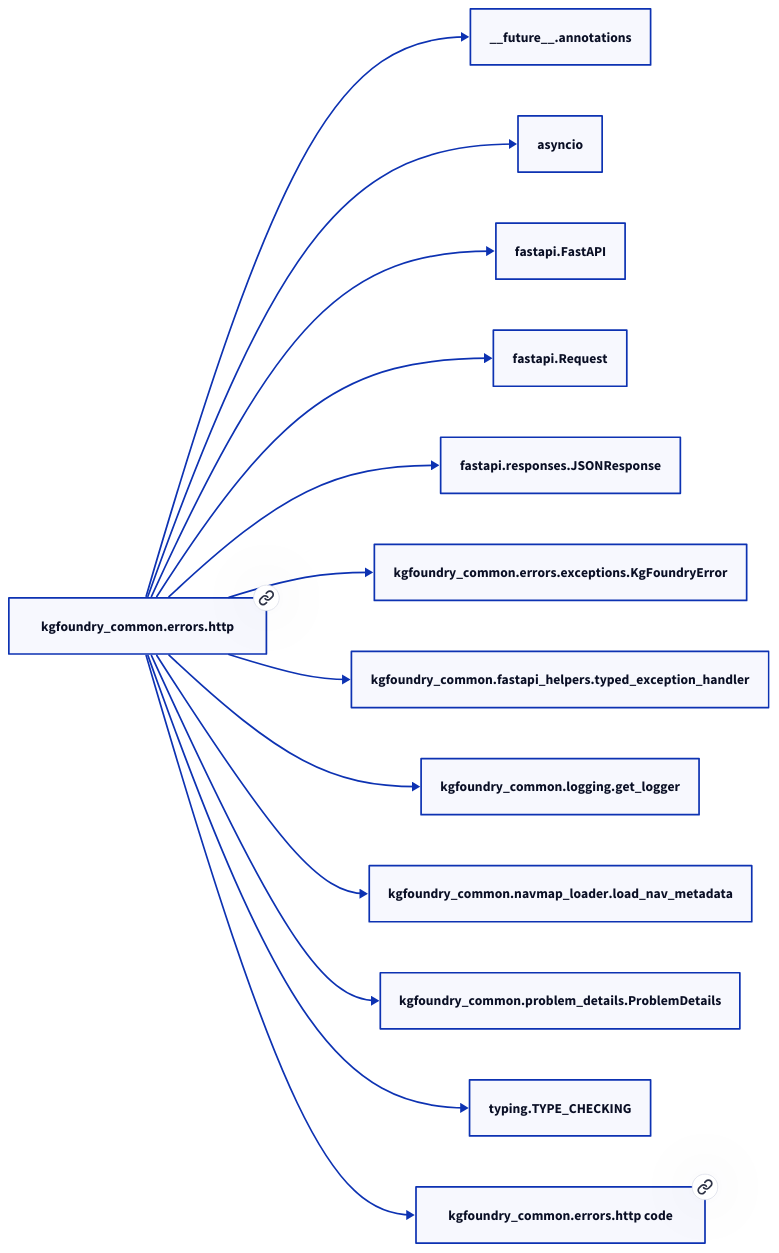
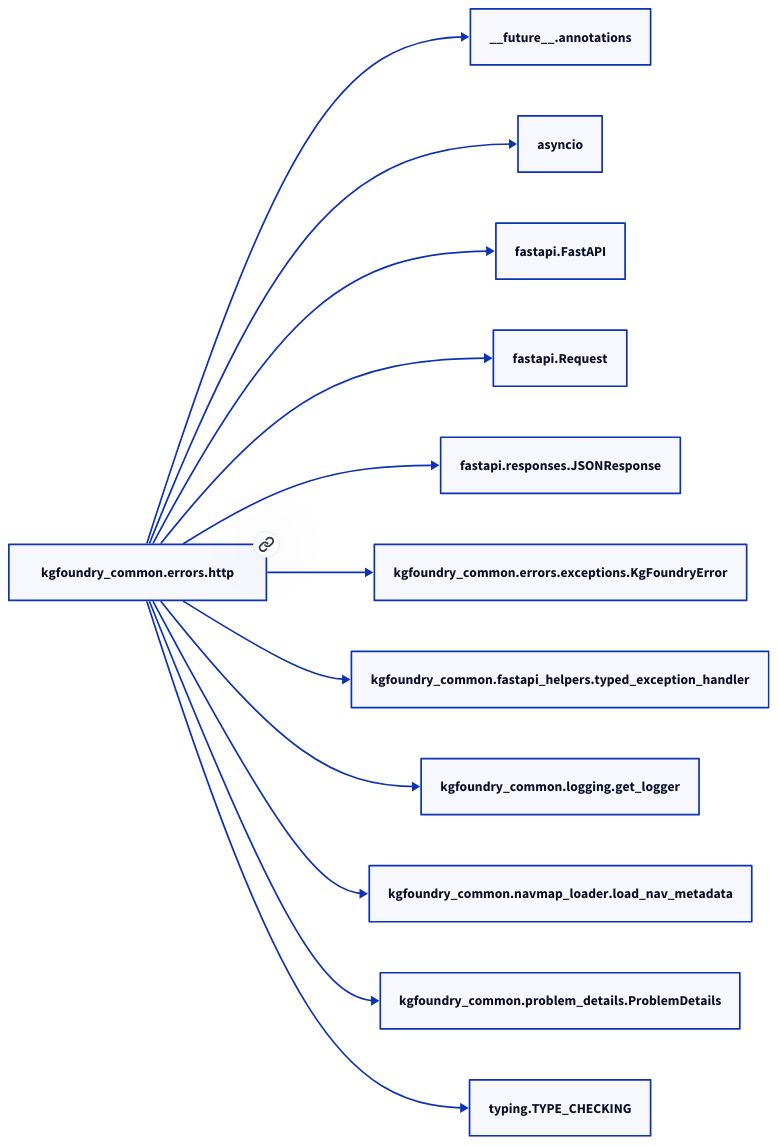
Before and after one commit to paul-heyse/kgforge: the diagram in docs/modules/kgfoundry_common/errors/http.md, drawn with D2. The commit also changed other lines of this file and 118 other files, not shown here.

````diff
--- a/docs/modules/kgfoundry_common/errors/http.md
+++ b/docs/modules/kgfoundry_common/errors/http.md
@@ -32,28 +30,26 @@
 ```d2
 direction: right
-"kgfoundry_common.errors.http": "kgfoundry_common.errors.http" { link: "./kgfoundry_common/errors/http.md" }
+"kgfoundry_common.errors.http": "kgfoundry_common.errors.http" { link: "http.md" }
 "__future__.annotations": "__future__.annotations"
 "kgfoundry_common.errors.http" -> "__future__.annotations"
 "asyncio": "asyncio"
 "kgfoundry_common.errors.http" -> "asyncio"
 "fastapi.FastAPI": "fastapi.FastAPI"
 "kgfoundry_common.errors.http" -> "fastapi.FastAPI"
 "fastapi.Request": "fastapi.Request"
 "kgfoundry_common.errors.http" -> "fastapi.Request"
 "fastapi.responses.JSONResponse": "fastapi.responses.JSONResponse"
 "kgfoundry_common.errors.http" -> "fastapi.responses.JSONResponse"
 "kgfoundry_common.errors.exceptions.KgFoundryError": "kgfoundry_common.errors.exceptions.KgFoundryError"
 "kgfoundry_common.errors.http" -> "kgfoundry_common.errors.exceptions.KgFoundryError"
 "kgfoundry_common.fastapi_helpers.typed_exception_handler": "kgfoundry_common.fastapi_helpers.typed_exception_handler"
 "kgfoundry_common.errors.http" -> "kgfoundry_common.fastapi_helpers.typed_exception_handler"
 "kgfoundry_common.logging.get_logger": "kgfoundry_common.logging.get_logger"
 "kgfoundry_common.errors.http" -> "kgfoundry_common.logging.get_logger"
 "kgfoundry_common.navmap_loader.load_nav_metadata": "kgfoundry_common.navmap_loader.load_nav_metadata"
 "kgfoundry_common.errors.http" -> "kgfoundry_common.navmap_loader.load_nav_metadata"
 "kgfoundry_common.problem_details.ProblemDetails": "kgfoundry_common.problem_details.ProblemDetails"
 "kgfoundry_common.errors.http" -> "kgfoundry_common.problem_details.ProblemDetails"
 "typing.TYPE_CHECKING": "typing.TYPE_CHECKING"
 "kgfoundry_common.errors.http" -> "typing.TYPE_CHECKING"
-"kgfoundry_common.errors.http_code": "kgfoundry_common.errors.http code" { link: "https://github.com/kgfoundry/kgfoundry/blob/main/src/kgfoundry_common/errors/http.py" }
-"kgfoundry_common.errors.http" -> "kgfoundry_common.errors.http_code" { style: dashed }
 ```
````
